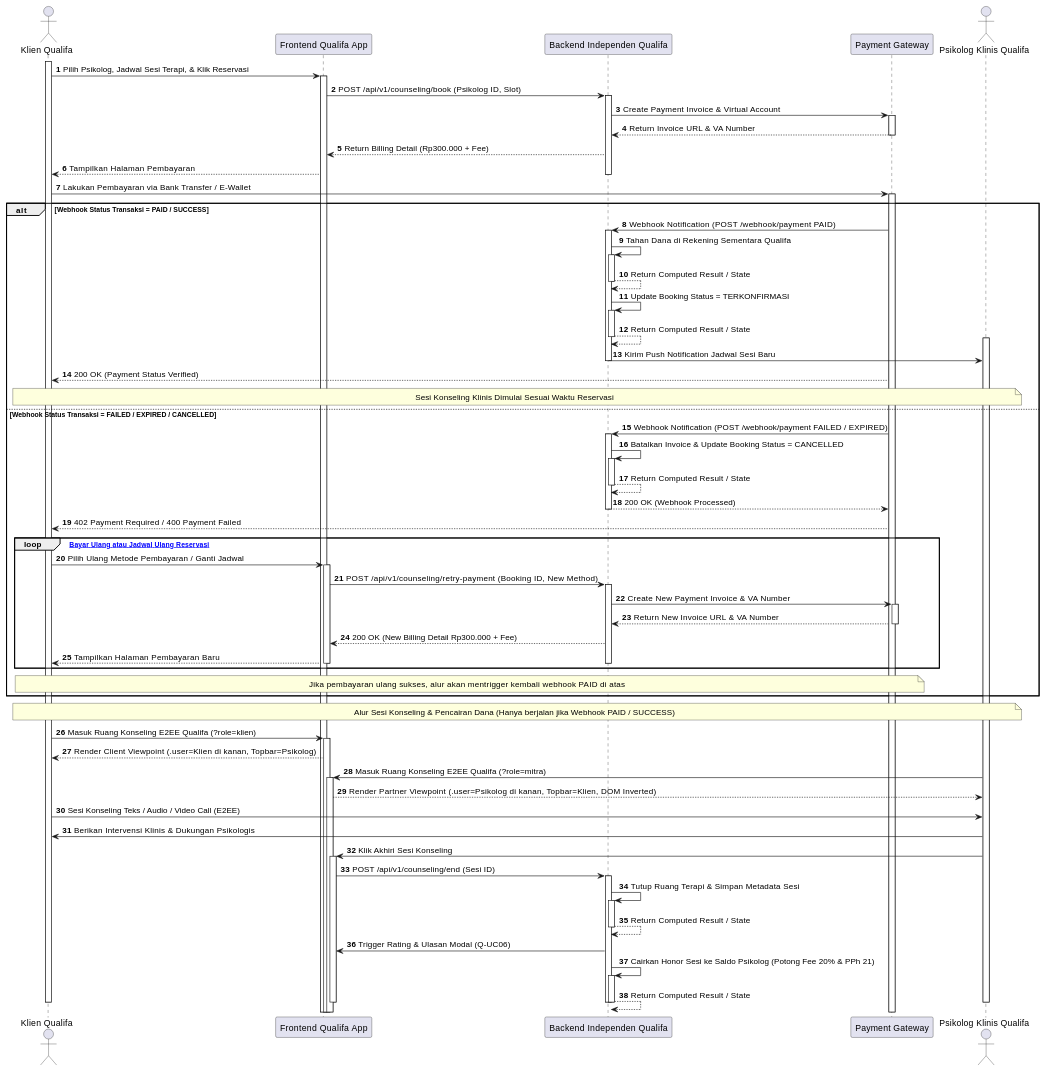
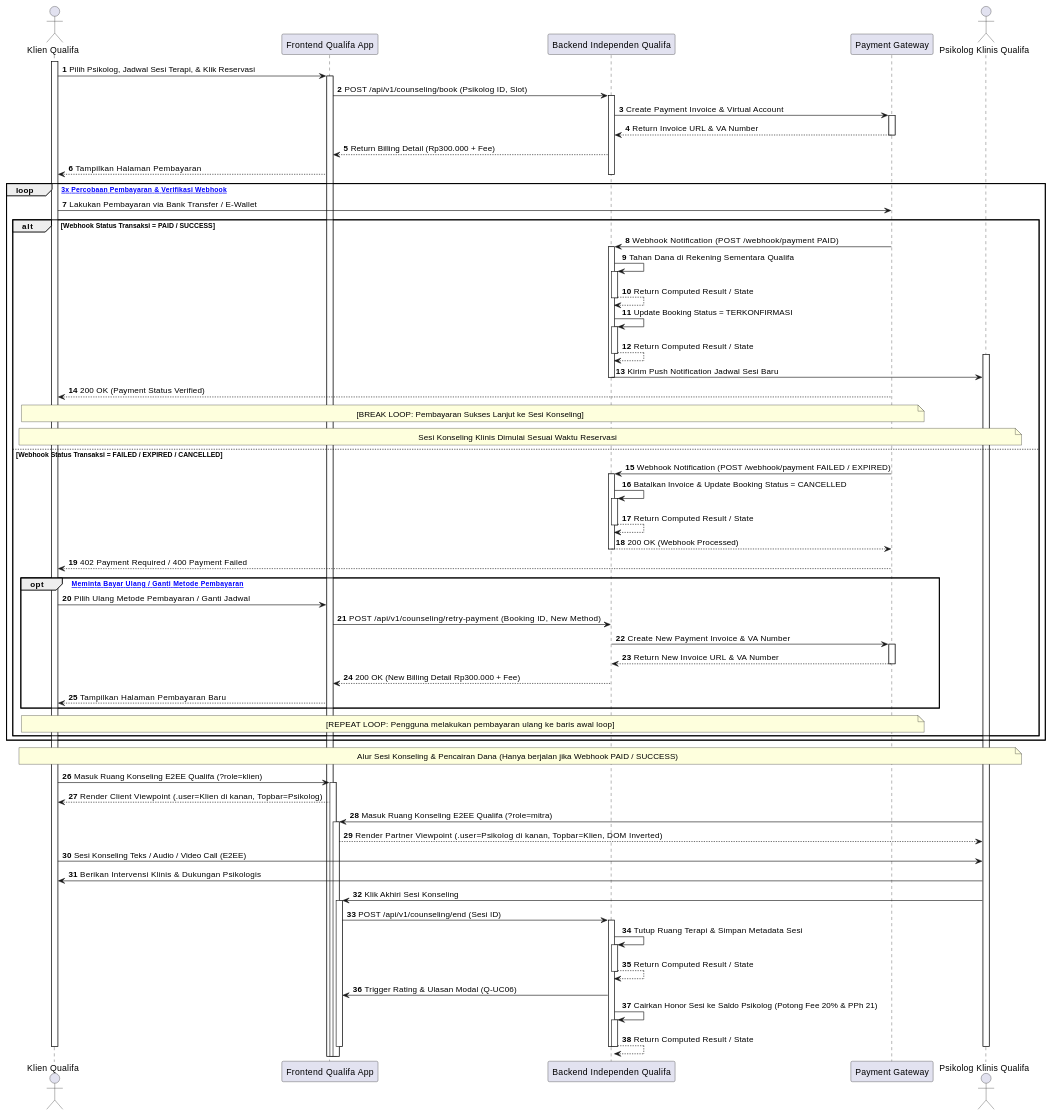
Diagram 18 of 27 in MarkDown/plantuml_sequence_diagrams.md (tupperwureism/SuperApp-Gagal), drawn with PlantUML before and after one commit. The commit also changed other lines of this file and 2 other files, not shown here.

Commit message:
refactor(uml): standardize outer loop validation pattern and enforce 1-to-1 decision mapping between AD and SD

````diff
--- a/MarkDown/plantuml_sequence_diagrams.md
+++ b/MarkDown/plantuml_sequence_diagrams.md
@@ -987,74 +1019,74 @@
 ```plantuml
 @startuml
 autonumber
 actor "Klien Qualifa" as Klien
 participant "Frontend Qualifa App" as FE
 participant "Backend Independen Qualifa" as BE
 participant "Payment Gateway" as PG
 actor "Psikolog Klinis Qualifa" as Mitra
 
 activate Klien
 Klien -> FE ++ : Pilih Psikolog, Jadwal Sesi Terapi, & Klik Reservasi
 FE -> BE ++ : POST /api/v1/counseling/book (Psikolog ID, Slot)
 BE -> PG ++ : Create Payment Invoice & Virtual Account
 PG --> BE -- : Return Invoice URL & VA Number
 BE --> FE : Return Billing Detail (Rp300.000 + Fee)
 FE --> Klien : Tampilkan Halaman Pembayaran
 deactivate BE
 
-Klien -> PG ++ : Lakukan Pembayaran via Bank Transfer / E-Wallet
+loop [Maksimal 3x Percobaan Pembayaran & Verifikasi Webhook]
+    Klien -> PG : Lakukan Pembayaran via Bank Transfer / E-Wallet
 
-alt Webhook Status Transaksi = PAID / SUCCESS
-    PG -> BE ++ : Webhook Notification (POST /webhook/payment PAID)
-    BE -> BE ++ : Tahan Dana di Rekening Sementara Qualifa
-    BE --> BE -- : Return Computed Result / State
-    BE -> BE ++ : Update Booking Status = TERKONFIRMASI
-    BE --> BE -- : Return Computed Result / State
-    activate Mitra
-    BE -> Mitra : Kirim Push Notification Jadwal Sesi Baru
-    deactivate BE
-    PG --> Klien : 200 OK (Payment Status Verified)
-    
-    note over Klien, Mitra : Sesi Konseling Klinis Dimulai Sesuai Waktu Reservasi
-else Webhook Status Transaksi = FAILED / EXPIRED / CANCELLED
-    PG -> BE ++ : Webhook Notification (POST /webhook/payment FAILED / EXPIRED)
-    BE -> BE ++ : Batalkan Invoice & Update Booking Status = CANCELLED
-    BE --> BE -- : Return Computed Result / State
-    BE --> PG -- : 200 OK (Webhook Processed)
-    PG --> Klien : 402 Payment Required / 400 Payment Failed
-    
-    loop [Coba Bayar Ulang atau Jadwal Ulang Reservasi]
-        Klien -> FE ++ : Pilih Ulang Metode Pembayaran / Ganti Jadwal
-        FE -> BE ++ : POST /api/v1/counseling/retry-payment (Booking ID, New Method)
-        BE -> PG ++ : Create New Payment Invoice & VA Number
-        PG --> BE -- : Return New Invoice URL & VA Number
-        BE --> FE : 200 OK (New Billing Detail Rp300.000 + Fee)
-        FE --> Klien : Tampilkan Halaman Pembayaran Baru
+    alt Webhook Status Transaksi = PAID / SUCCESS
+        PG -> BE ++ : Webhook Notification (POST /webhook/payment PAID)
+        BE -> BE ++ : Tahan Dana di Rekening Sementara Qualifa
+        BE --> BE -- : Return Computed Result / State
+        BE -> BE ++ : Update Booking Status = TERKONFIRMASI
+        BE --> BE -- : Return Computed Result / State
+        activate Mitra
+        BE -> Mitra : Kirim Push Notification Jadwal Sesi Baru
         deactivate BE
-        deactivate FE
+        PG --> Klien : 200 OK (Payment Status Verified)
+        note over Klien, PG : [BREAK LOOP: Pembayaran Sukses Lanjut ke Sesi Konseling]
+        
+        note over Klien, Mitra : Sesi Konseling Klinis Dimulai Sesuai Waktu Reservasi
+    else Webhook Status Transaksi = FAILED / EXPIRED / CANCELLED
+        PG -> BE ++ : Webhook Notification (POST /webhook/payment FAILED / EXPIRED)
+        BE -> BE ++ : Batalkan Invoice & Update Booking Status = CANCELLED
+        BE --> BE -- : Return Computed Result / State
+        BE --> PG -- : 200 OK (Webhook Processed)
+        PG --> Klien : 402 Payment Required / 400 Payment Failed
+        
+        opt [Pengguna Meminta Bayar Ulang / Ganti Metode Pembayaran]
+            Klien -> FE : Pilih Ulang Metode Pembayaran / Ganti Jadwal
+            FE -> BE : POST /api/v1/counseling/retry-payment (Booking ID, New Method)
+            BE -> PG ++ : Create New Payment Invoice & VA Number
+            PG --> BE -- : Return New Invoice URL & VA Number
+            BE --> FE : 200 OK (New Billing Detail Rp300.000 + Fee)
+            FE --> Klien : Tampilkan Halaman Pembayaran Baru
+        end
+        note over Klien, PG : [REPEAT LOOP: Pengguna melakukan pembayaran ulang ke baris awal loop]
     end
-    
-    note over Klien, PG : Jika pembayaran ulang sukses, alur akan mentrigger kembali webhook PAID di atas
 end
 
 note over Klien, Mitra : Alur Sesi Konseling & Pencairan Dana (Hanya berjalan jika Webhook PAID / SUCCESS)
 Klien -> FE ++ : Masuk Ruang Konseling E2EE Qualifa (?role=klien)
 FE --> Klien : Render Client Viewpoint (.user=Klien di kanan, Topbar=Psikolog)
 Mitra -> FE ++ : Masuk Ruang Konseling E2EE Qualifa (?role=mitra)
 FE --> Mitra : Render Partner Viewpoint (.user=Psikolog di kanan, Topbar=Klien, DOM Inverted)
 Klien -> Mitra : Sesi Konseling Teks / Audio / Video Call (E2EE)
 Mitra -> Klien : Berikan Intervensi Klinis & Dukungan Psikologis
 
 Mitra -> FE ++ : Klik Akhiri Sesi Konseling
 FE -> BE ++ : POST /api/v1/counseling/end (Sesi ID)
 BE -> BE ++ : Tutup Ruang Terapi & Simpan Metadata Sesi
 BE --> BE -- : Return Computed Result / State
 BE -> FE : Trigger Rating & Ulasan Modal (Q-UC06)
 BE -> BE ++ : Cairkan Honor Sesi ke Saldo Psikolog (Potong Fee 20% & PPh 21)
 BE --> BE -- : Return Computed Result / State
 deactivate BE
 deactivate FE
 deactivate Klien
 deactivate Mitra
 @enduml
 ```
````
